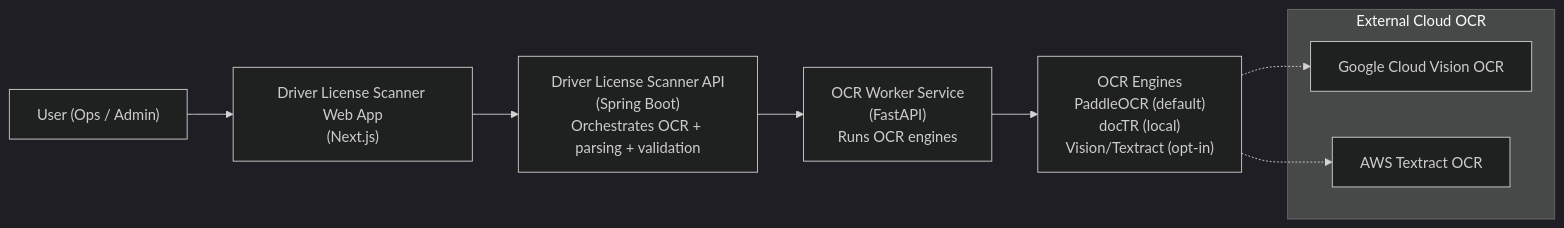
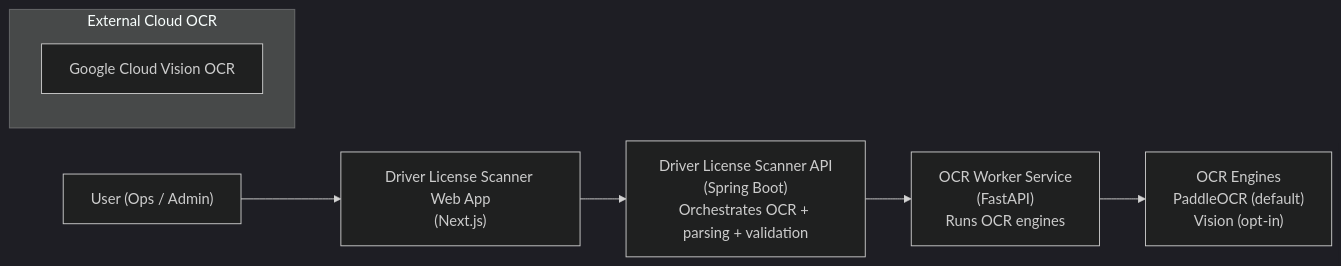
One commit to ManuBerea/driver-license-scanner changed the third of 6 diagrams in docs/gate2/01-architecture-and-design.md. Above: the diagram before and after it, drawn with Mermaid (dark theme). The commit also changed other lines of this file and 19 other files, not shown here.

````diff
--- a/docs/gate2/01-architecture-and-design.md
+++ b/docs/gate2/01-architecture-and-design.md
@@ -145,12 +139,10 @@
 ```mermaid
 flowchart LR
 subgraph OptionalCloud["External Cloud OCR"]
 Vision["Google Cloud Vision OCR"]
-Textract["AWS Textract OCR"]
 end
 User["User (Ops / Admin)"] --> Web["Driver License Scanner Web App<br>(Next.js)"]
 Web --> API["Driver License Scanner API<br>(Spring Boot)<br>Orchestrates OCR + parsing + validation"]
 API --> OCRWorker["OCR Worker Service<br>(FastAPI)<br>Runs OCR engines"]
-OCRWorker --> Engines["OCR Engines<br>PaddleOCR (default)<br>docTR (local)<br>Vision/Textract (opt-in)"]
-Engines -.-> Vision & Textract
+OCRWorker --> Engines["OCR Engines<br>PaddleOCR (default)<br>Vision (opt-in)"]
 ```
````
